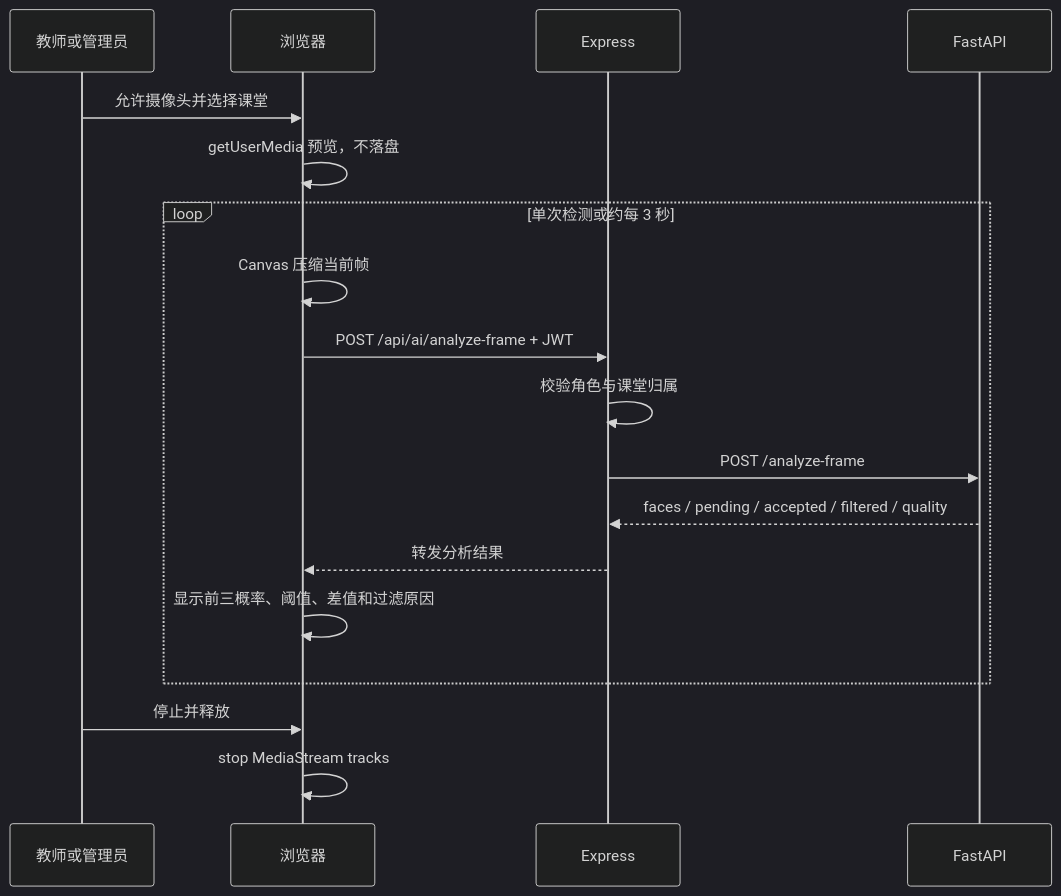
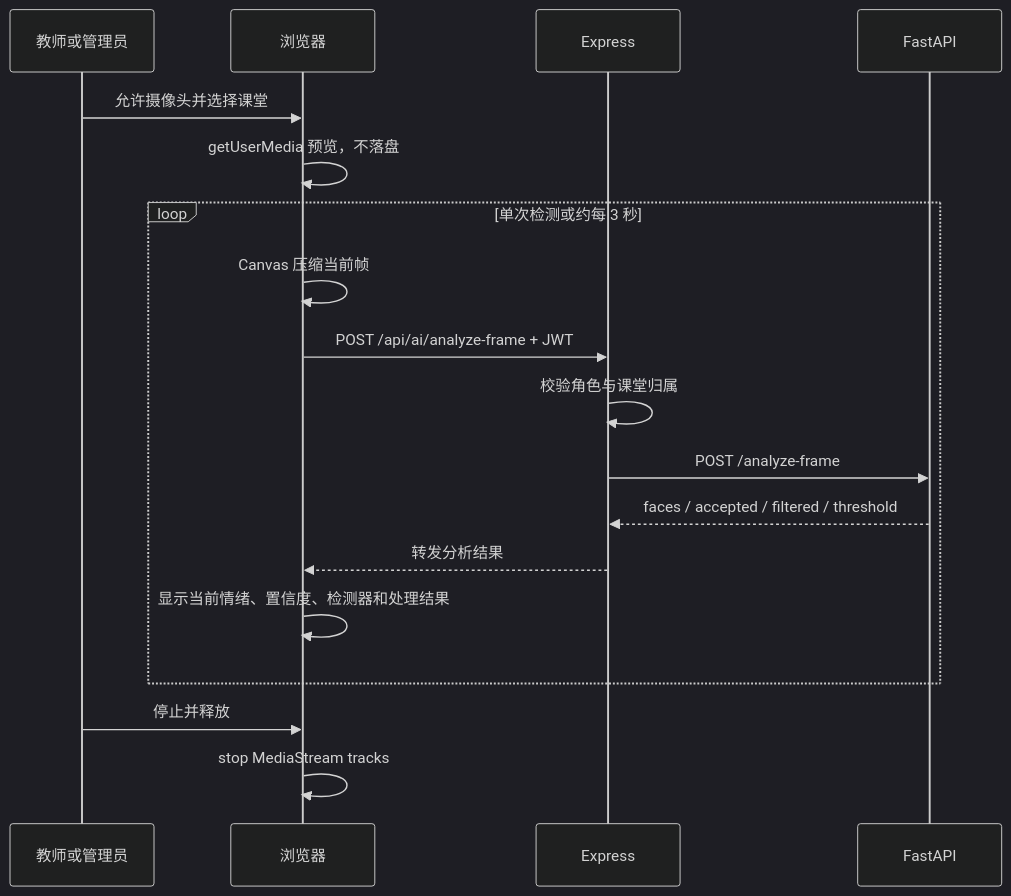
The seventh of 8 diagrams in docs/design.md (Qian122/emoji), drawn with Mermaid (dark theme) before and after one commit. The commit also changed other lines of this file and 18 other files, not shown here.

````diff
--- a/docs/design.md
+++ b/docs/design.md
@@ -219,20 +216,20 @@
 ```mermaid
 sequenceDiagram
   participant U as 教师或管理员
   participant B as 浏览器
   participant API as Express
   participant AI as FastAPI
   U->>B: 允许摄像头并选择课堂
   B->>B: getUserMedia 预览，不落盘
   loop 单次检测或约每 3 秒
     B->>B: Canvas 压缩当前帧
     B->>API: POST /api/ai/analyze-frame + JWT
     API->>API: 校验角色与课堂归属
     API->>AI: POST /analyze-frame
-    AI-->>API: faces / pending / accepted / filtered / quality
+    AI-->>API: faces / accepted / filtered / threshold
     API-->>B: 转发分析结果
-    B->>B: 显示前三概率、阈值、差值和过滤原因
+    B->>B: 显示当前情绪、置信度、检测器和处理结果
   end
   U->>B: 停止并释放
   B->>B: stop MediaStream tracks
 ```
````
